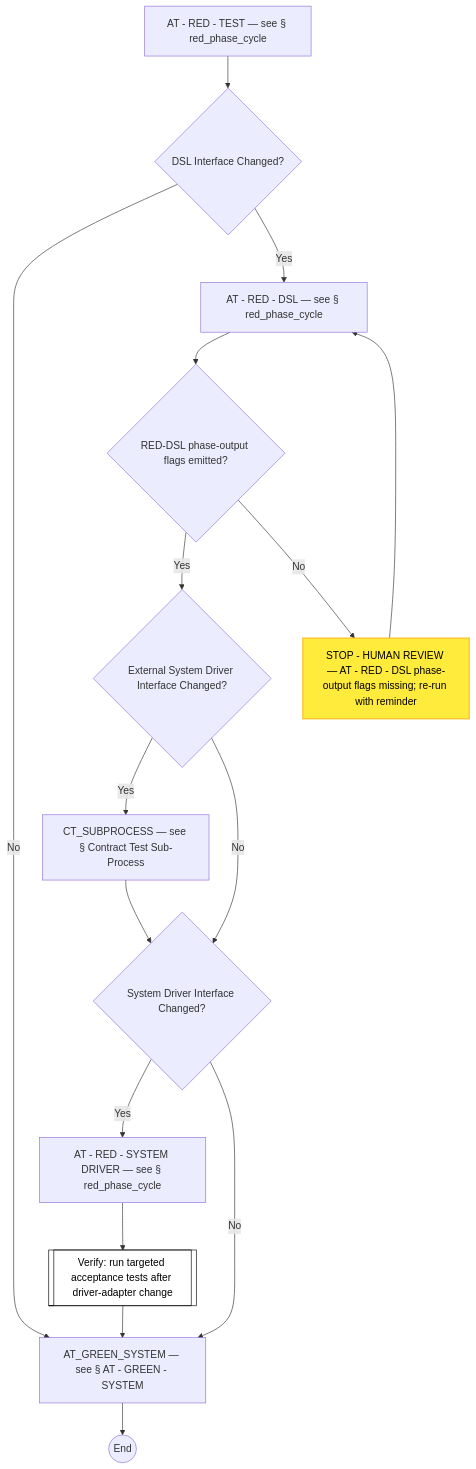
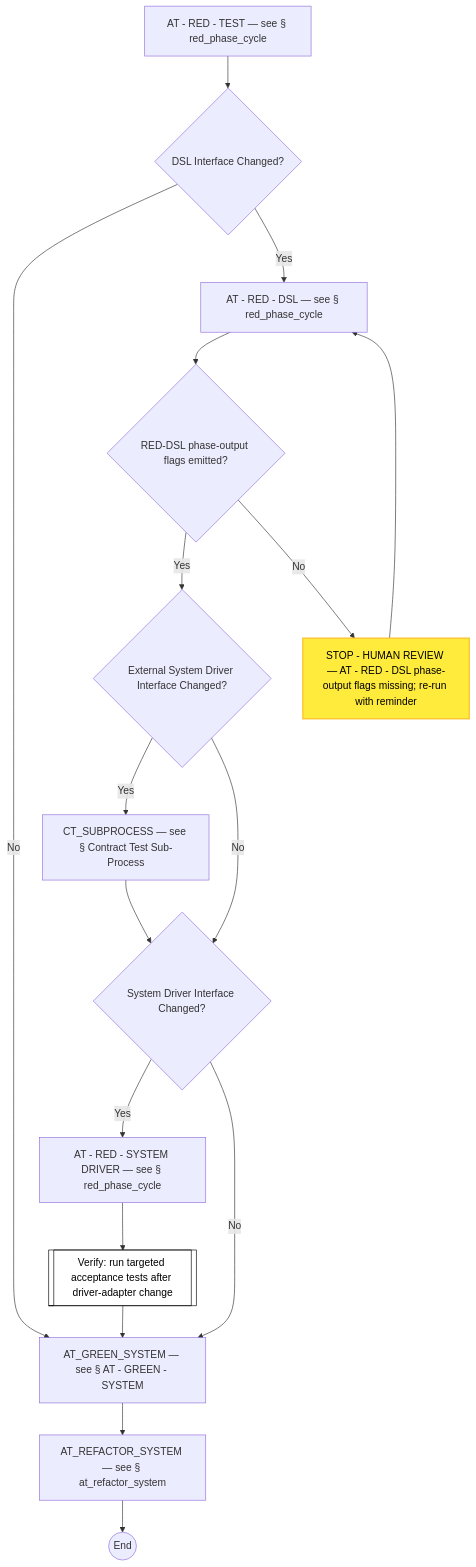
The sixth of 19 diagrams in docs/process-diagram.md (optivem/gh-optivem), drawn with Mermaid before and after one commit. The commit also changed other lines of this file and 25 other files, not shown here.

````diff
--- a/docs/process-diagram.md
+++ b/docs/process-diagram.md
@@ -146,37 +148,39 @@
 ```mermaid
 flowchart TD
     AT_END((End))
     AT_GREEN_SYSTEM[AT_GREEN_SYSTEM — see § AT - GREEN - SYSTEM]
     AT_RED_DSL[AT - RED - DSL — see § red_phase_cycle]
     AT_RED_SYSTEM_DRIVER[AT - RED - SYSTEM DRIVER — see § red_phase_cycle]
     AT_RED_TEST[AT - RED - TEST — see § red_phase_cycle]
+    AT_REFACTOR_SYSTEM[AT_REFACTOR_SYSTEM — see § at_refactor_system]
     CT_SUBPROCESS[CT_SUBPROCESS — see § Contract Test Sub-Process]
     GATE_DSL_AT{DSL Interface Changed?}
     GATE_DSL_FLAGS_PRESENT{RED-DSL phase-output flags emitted?}
     GATE_EXT_AT{External System Driver Interface Changed?}
     GATE_SYS_AT{System Driver Interface Changed?}
     STOP_FLAG_UNSET["STOP - HUMAN REVIEW — AT - RED - DSL phase-output flags missing; re-run with reminder"]
     VERIFY_AT_DRIVER[[Verify: run targeted acceptance tests after driver-adapter change]]
 
     AT_RED_TEST --> GATE_DSL_AT
     GATE_DSL_AT -- No --> AT_GREEN_SYSTEM
     GATE_DSL_AT -- Yes --> AT_RED_DSL
     AT_RED_DSL --> GATE_DSL_FLAGS_PRESENT
     GATE_DSL_FLAGS_PRESENT -- Yes --> GATE_EXT_AT
     GATE_DSL_FLAGS_PRESENT -- No --> STOP_FLAG_UNSET
     STOP_FLAG_UNSET --> AT_RED_DSL
     GATE_EXT_AT -- Yes --> CT_SUBPROCESS
     GATE_EXT_AT -- No --> GATE_SYS_AT
     CT_SUBPROCESS --> GATE_SYS_AT
     GATE_SYS_AT -- Yes --> AT_RED_SYSTEM_DRIVER
     GATE_SYS_AT -- No --> AT_GREEN_SYSTEM
     AT_RED_SYSTEM_DRIVER --> VERIFY_AT_DRIVER
     VERIFY_AT_DRIVER --> AT_GREEN_SYSTEM
-    AT_GREEN_SYSTEM --> AT_END
+    AT_GREEN_SYSTEM --> AT_REFACTOR_SYSTEM
+    AT_REFACTOR_SYSTEM --> AT_END
 
     classDef serviceNode fill:#ffffff,stroke:#000000,stroke-width:1px,color:#000000
     class VERIFY_AT_DRIVER serviceNode
 
     classDef humanNode fill:#ffeb3b,stroke:#fbc02d,stroke-width:2px,color:#000000
     class STOP_FLAG_UNSET humanNode
 ```
````
